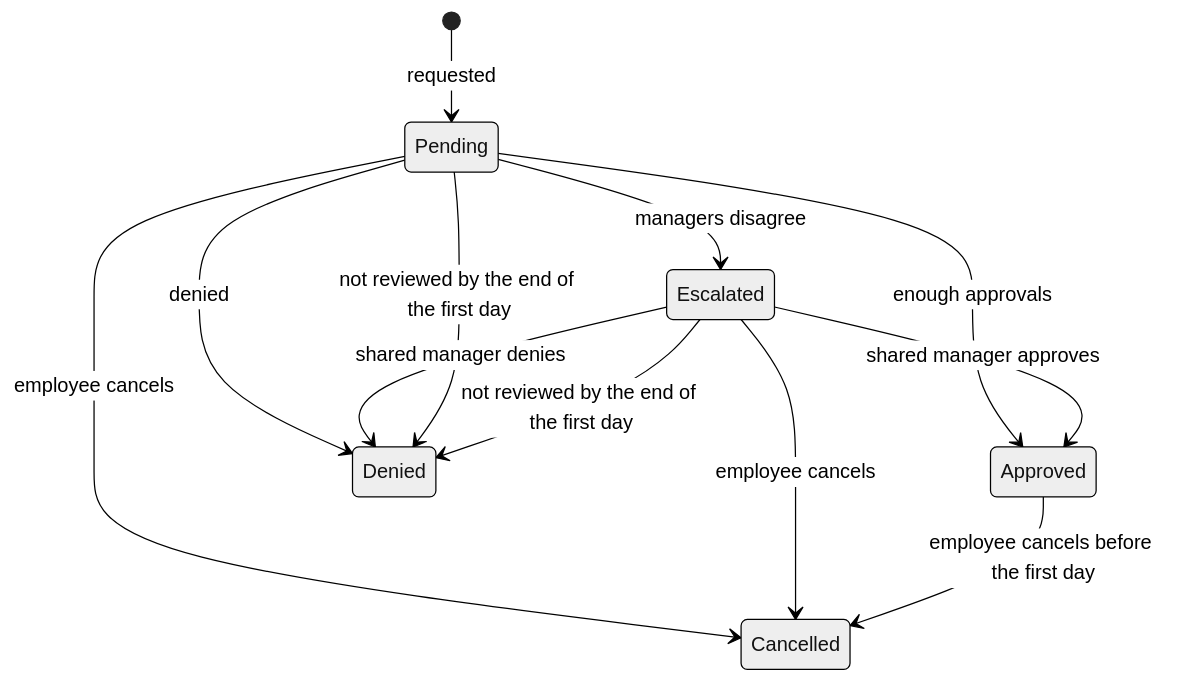
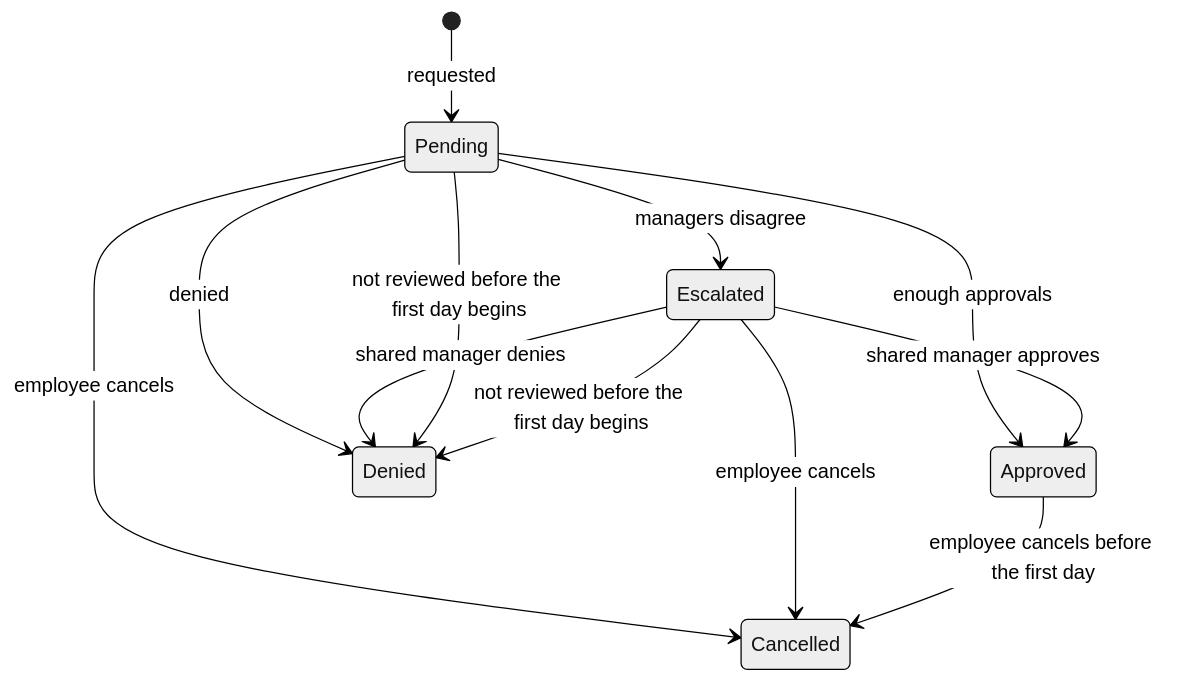
Before and after one commit to workforce-ops-app/workforce-ops-backend: the second of 2 diagrams in docs/features/time-off.md, drawn with Mermaid (neutral theme). The commit also changed other lines of this file and 1 other file, not shown here.

First line of the commit message:
docs(time-off): require a decision before the first day and start tomorrow at the earliest

````diff
--- a/docs/features/time-off.md
+++ b/docs/features/time-off.md
@@ -53,14 +54,14 @@
 ```mermaid
 stateDiagram-v2
     [*] --> Pending: requested
     Pending --> Approved: enough approvals
     Pending --> Denied: denied
     Pending --> Escalated: managers disagree
     Escalated --> Approved: shared manager approves
     Escalated --> Denied: shared manager denies
     Pending --> Cancelled: employee cancels
     Escalated --> Cancelled: employee cancels
     Approved --> Cancelled: employee cancels before the first day
-    Pending --> Denied: not reviewed by the end of the first day
-    Escalated --> Denied: not reviewed by the end of the first day
+    Pending --> Denied: not reviewed before the first day begins
+    Escalated --> Denied: not reviewed before the first day begins
 ```
````
